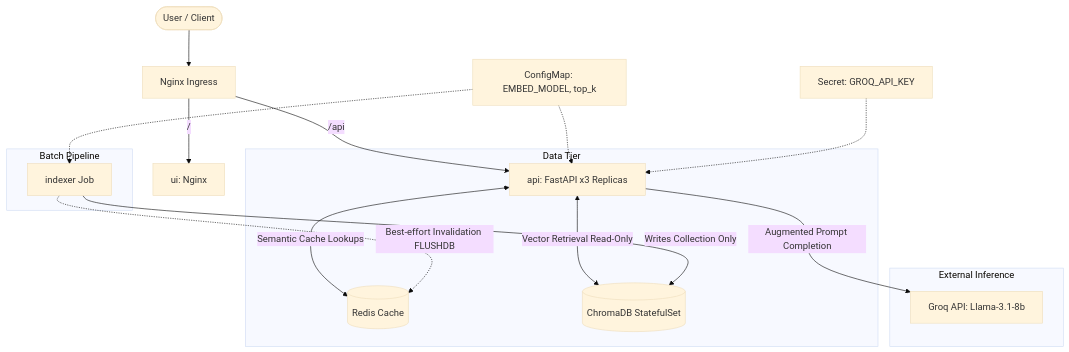
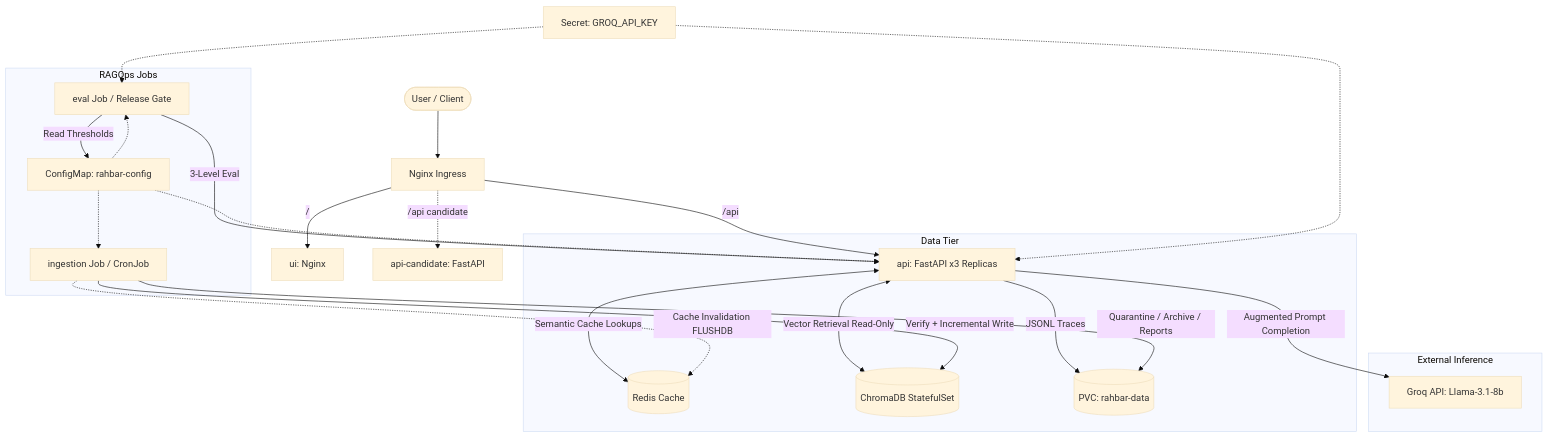
Before and after one commit to usmanazhar3105/Rahbar: the diagram in README.md, drawn with Mermaid (base theme). The commit also changed other lines of this file and 1 other file, not shown here.

````diff
--- a/README.md
+++ b/README.md
@@ -47,23 +42,28 @@
 ```mermaid
 flowchart TD
     User([User / Client]) --> Ingress[Nginx Ingress]
     Ingress -->|/| UI[ui: Nginx]
     Ingress -->|/api| API[api: FastAPI x3 Replicas]
+    Ingress -.->|/api candidate| CandAPI[api-candidate: FastAPI]
 
     subgraph Data Tier
         API <-->|Semantic Cache Lookups| Redis[(Redis Cache)]
         API <-->|Vector Retrieval Read-Only| Chroma[(ChromaDB StatefulSet)]
+        API -->|JSONL Traces| PVC[(PVC: rahbar-data)]
     end
 
     subgraph External Inference
         API -->|Augmented Prompt Completion| Groq[Groq API: Llama-3.1-8b]
     end
 
-    subgraph Batch Pipeline
-        IndexerJob[indexer Job] -->|Writes Collection Only| Chroma
-        IndexerJob -.->|Best-effort Invalidation FLUSHDB| Redis
+    subgraph RAGOps Jobs
+        IngestJob[ingestion Job / CronJob] -->|Verify + Incremental Write| Chroma
+        IngestJob -->|Quarantine / Archive / Reports| PVC
+        IngestJob -.->|Cache Invalidation FLUSHDB| Redis
+        EvalJob[eval Job / Release Gate] -->|3-Level Eval| API
+        EvalJob -->|Read Thresholds| ConfigMap
     end
 
-    ConfigMap[ConfigMap: EMBED_MODEL, top_k] -.-> API & IndexerJob
-    Secret[Secret: GROQ_API_KEY] -.-> API
+    ConfigMap[ConfigMap: rahbar-config] -.-> API & IngestJob & EvalJob
+    Secret[Secret: GROQ_API_KEY] -.-> API & EvalJob
 ```
````
